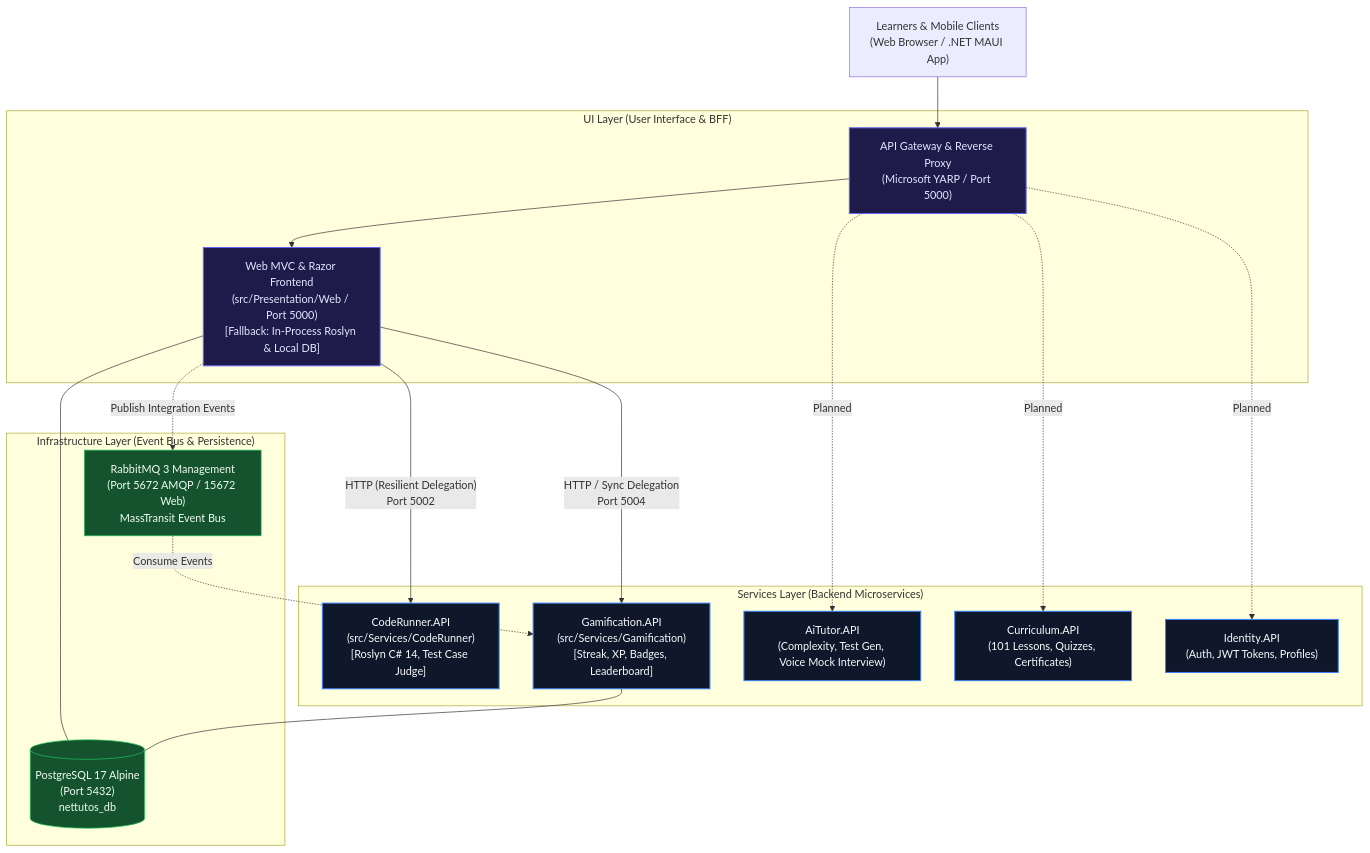
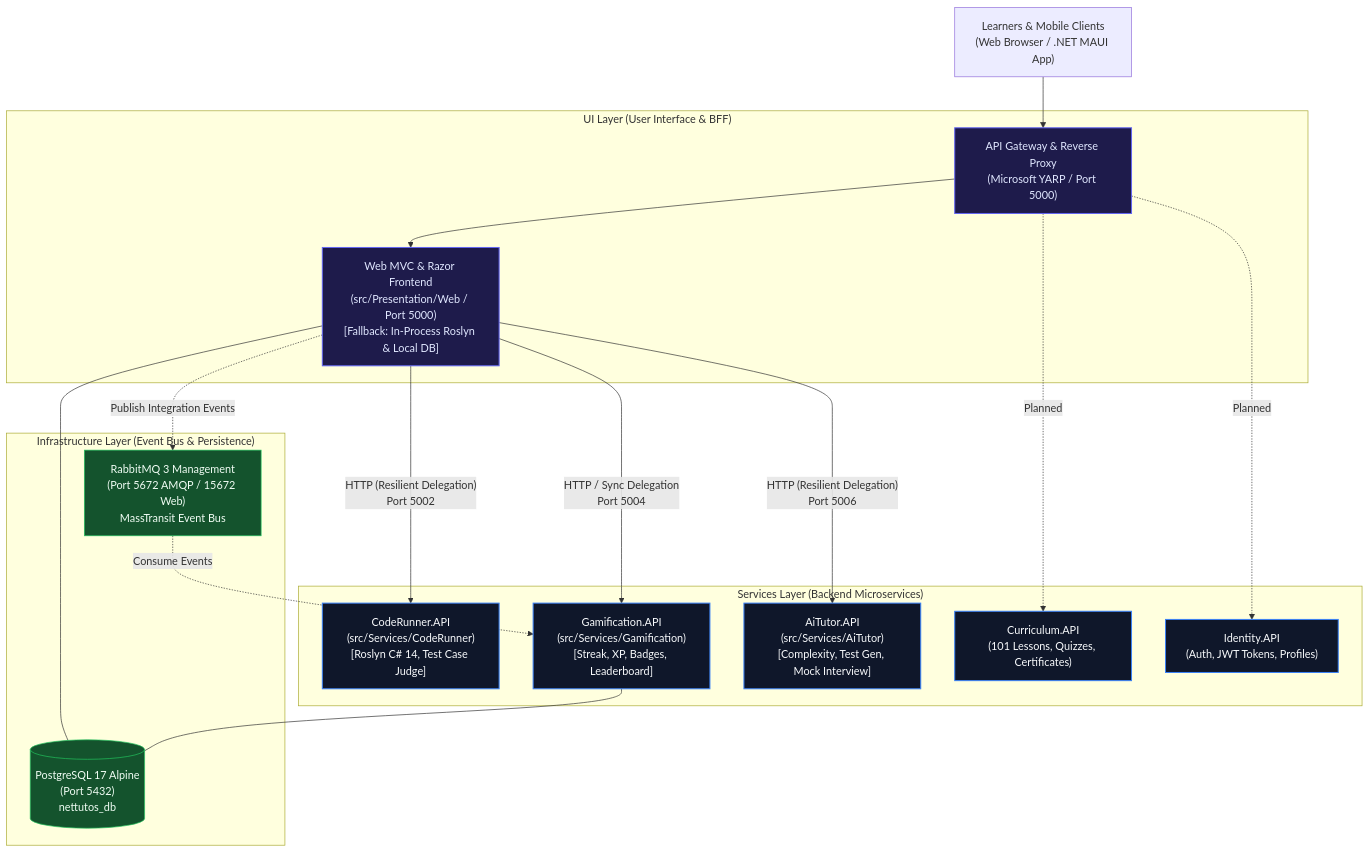
Before and after one commit to KaitoDeus/NET-Tutos: the first of 2 diagrams in docs/09_microservices_architecture_and_migration.md, drawn with Mermaid. The commit also changed other lines of this file and 42 other files, not shown here.

Commit message:
feat(microservices): extract 4-layer AiTutor.API service and update microservices README

````diff
--- a/docs/09_microservices_architecture_and_migration.md
+++ b/docs/09_microservices_architecture_and_migration.md
@@ -23,34 +23,34 @@
 ```mermaid
 flowchart TD
     Clients["Learners & Mobile Clients\n(Web Browser / .NET MAUI App)"] --> YARP["API Gateway & Reverse Proxy\n(Microsoft YARP / Port 5000)"]
     
     subgraph Frontend_BFF["UI Layer (User Interface & BFF)"]
         YARP --> WebApp["Web MVC & Razor Frontend\n(src/Presentation/Web / Port 5000)\n[Fallback: In-Process Roslyn & Local DB]"]
     end
 
     subgraph Microservices_Ecosystem["Services Layer (Backend Microservices)"]
         WebApp -- "HTTP (Resilient Delegation)\nPort 5002" --> SvcRunner["CodeRunner.API\n(src/Services/CodeRunner)\n[Roslyn C# 14, Test Case Judge]"]
         WebApp -- "HTTP / Sync Delegation\nPort 5004" --> SvcGamify["Gamification.API\n(src/Services/Gamification)\n[Streak, XP, Badges, Leaderboard]"]
-        YARP -. "Planned" .-> SvcAI["AiTutor.API\n(Complexity, Test Gen, Voice Mock Interview)"]
+        WebApp -- "HTTP (Resilient Delegation)\nPort 5006" --> SvcAI["AiTutor.API\n(src/Services/AiTutor)\n[Complexity, Test Gen, Mock Interview]"]
         YARP -. "Planned" .-> SvcCurriculum["Curriculum.API\n(101 Lessons, Quizzes, Certificates)"]
         YARP -. "Planned" .-> SvcIdentity["Identity.API\n(Auth, JWT Tokens, Profiles)"]
     end
 
     subgraph Messaging_Persistence["Infrastructure Layer (Event Bus & Persistence)"]
         RabbitMQ["RabbitMQ 3 Management\n(Port 5672 AMQP / 15672 Web)\nMassTransit Event Bus"]
         Postgres[("PostgreSQL 17 Alpine\n(Port 5432)\nnettutos_db")]
         
         WebApp --- Postgres
         SvcGamify --- Postgres
         WebApp -. "Publish Integration Events" .-> RabbitMQ
         RabbitMQ -. "Consume Events" .-> SvcGamify
     end
 
     classDef gw fill:#1e1b4b,stroke:#6366f1,stroke-width:1.5px,color:#e0e7ff;
     classDef svc fill:#0f172a,stroke:#3b82f6,stroke-width:1.5px,color:#f8fafc;
     classDef infra fill:#14532d,stroke:#22c55e,stroke-width:1px,color:#f0fdf4;
 
     class YARP,WebApp gw;
     class SvcRunner,SvcAI,SvcGamify,SvcCurriculum,SvcIdentity svc;
     class RabbitMQ,Postgres infra;
 ```
````
